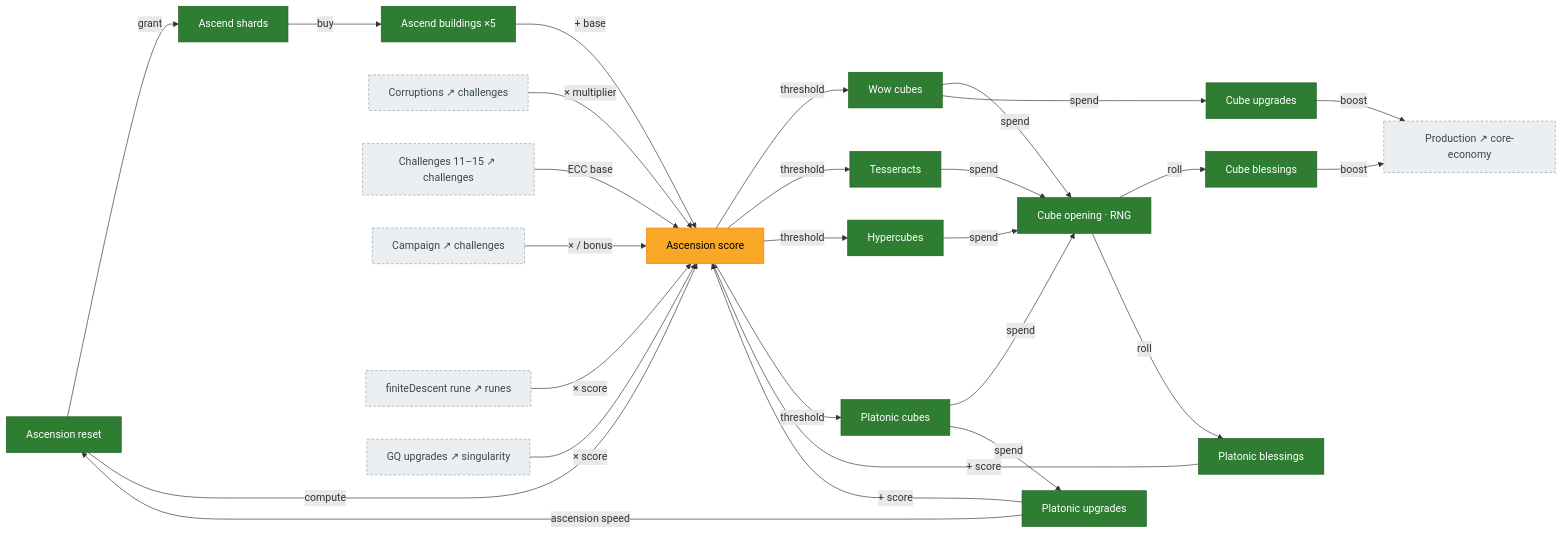
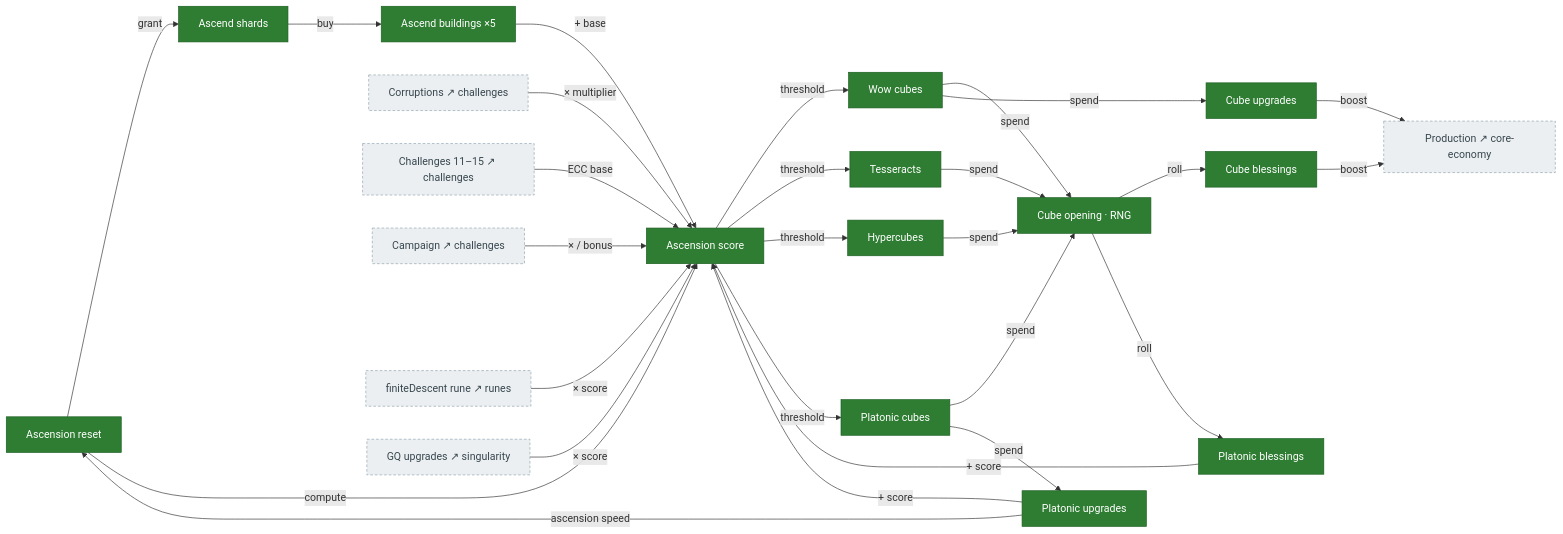
The first of 2 diagrams in docs/systems/ascension-cubes.md (MaddisonM79/synergism_forkd), drawn with Mermaid before and after one commit. The commit also changed other lines of this file and 3 other files, not shown here.

````diff
--- a/docs/systems/ascension-cubes.md
+++ b/docs/systems/ascension-cubes.md
@@ -11,55 +11,55 @@
 ```mermaid
 flowchart LR
   classDef ported fill:#2e7d32,color:#fff,stroke:#1b5e20;
   classDef partial fill:#f9a825,color:#000,stroke:#f57f17;
   classDef ext fill:#eceff1,color:#37474f,stroke:#90a4ae,stroke-dasharray:4 3;
 
   ascReset["Ascension reset"]:::ported
   ascShards["Ascend shards"]:::ported
   ascBldg["Ascend buildings ×5"]:::ported
-  ascScore["Ascension score"]:::partial
+  ascScore["Ascension score"]:::ported
   wowCubes["Wow cubes"]:::ported
   tesseracts["Tesseracts"]:::ported
   hypercubes["Hypercubes"]:::ported
   platonicCubes["Platonic cubes"]:::ported
   cubeOpen["Cube opening · RNG"]:::ported
   cubeBless["Cube blessings"]:::ported
   platBless["Platonic blessings"]:::ported
   cubeUpg["Cube upgrades"]:::ported
   platUpg["Platonic upgrades"]:::ported
 
   corr["Corruptions ↗ challenges"]:::ext
   ch["Challenges 11–15 ↗ challenges"]:::ext
   camp["Campaign ↗ challenges"]:::ext
   fd["finiteDescent rune ↗ runes"]:::ext
   gq["GQ upgrades ↗ singularity"]:::ext
   prod["Production ↗ core-economy"]:::ext
 
   ascReset -->|"grant"| ascShards
   ascShards -->|"buy"| ascBldg
   ascReset -->|"compute"| ascScore
   ascBldg -->|"+ base"| ascScore
   ch -->|"ECC base"| ascScore
   corr -->|"× multiplier"| ascScore
   camp -->|"× / bonus"| ascScore
   fd -->|"× score"| ascScore
   gq -->|"× score"| ascScore
 
   ascScore -->|"threshold"| wowCubes
   ascScore -->|"threshold"| tesseracts
   ascScore -->|"threshold"| hypercubes
   ascScore -->|"threshold"| platonicCubes
   wowCubes -->|"spend"| cubeOpen
   tesseracts -->|"spend"| cubeOpen
   hypercubes -->|"spend"| cubeOpen
   platonicCubes -->|"spend"| cubeOpen
   cubeOpen -->|"roll"| cubeBless
   cubeOpen -->|"roll"| platBless
   wowCubes -->|"spend"| cubeUpg
   platonicCubes -->|"spend"| platUpg
   cubeUpg -->|"boost"| prod
   cubeBless -->|"boost"| prod
   platUpg -->|"ascension speed"| ascReset
   platUpg -->|"+ score"| ascScore
   platBless -->|"+ score"| ascScore
 ```
````
